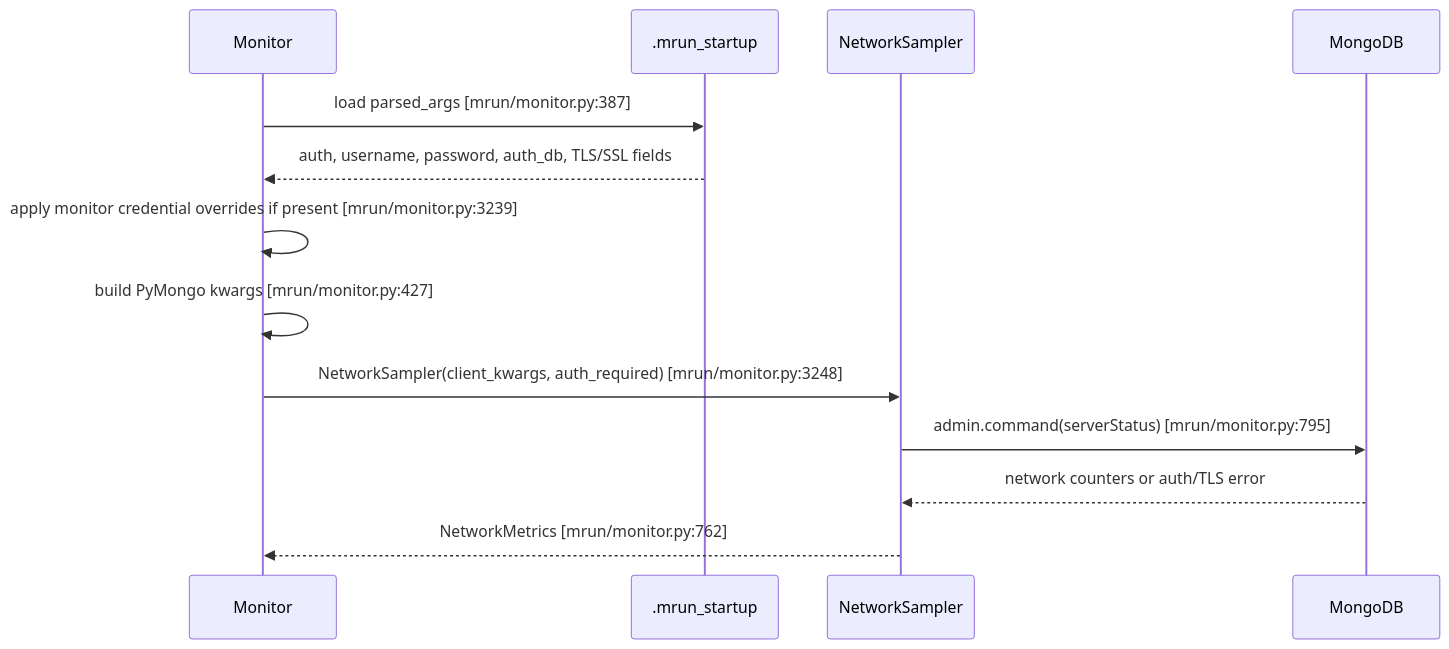
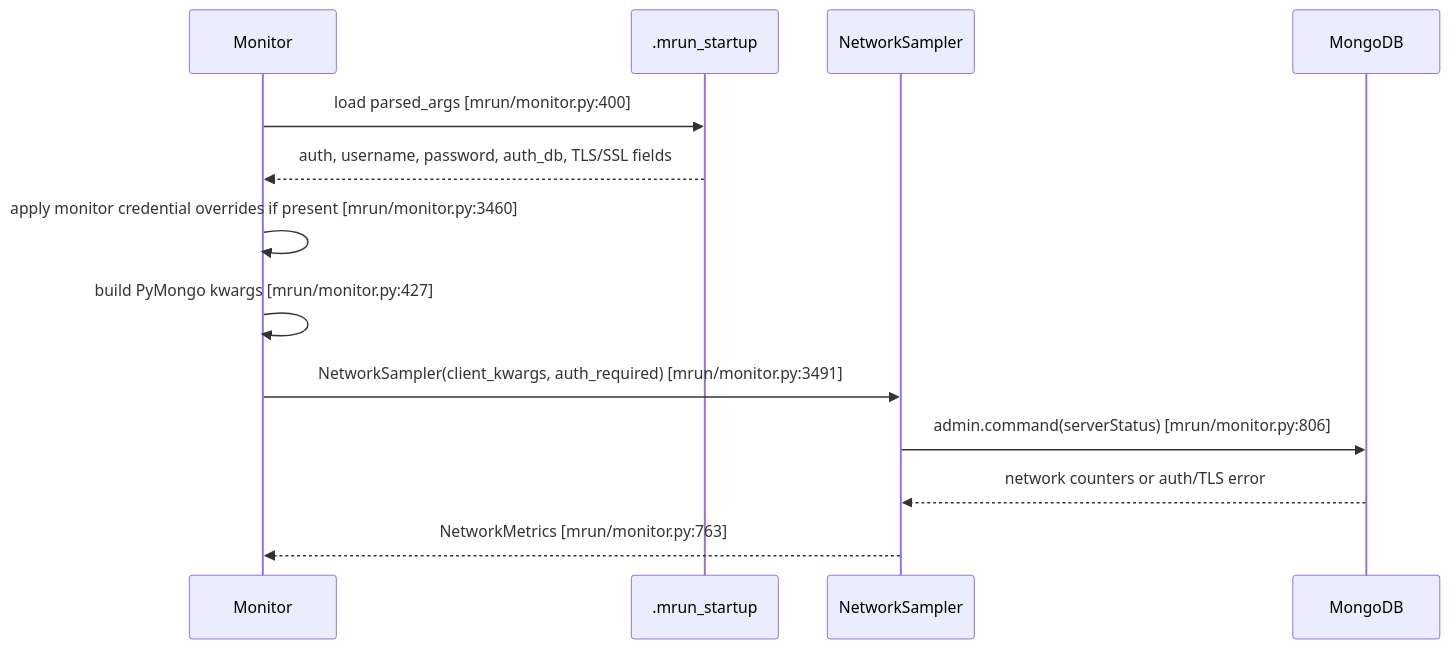
The third of 12 diagrams in doc/feature-monitor-guide.md (mongodb/mlaunch), drawn with Mermaid before and after one commit. The commit also changed other lines of this file and 2 other files, not shown here.

Commit message:
docs: document monitor table and current op controls

````diff
--- a/doc/feature-monitor-guide.md
+++ b/doc/feature-monitor-guide.md
@@ -204,16 +209,16 @@
 ```mermaid
 sequenceDiagram
     participant Monitor as Monitor
     participant FS as .mrun_startup
     participant Sampler as NetworkSampler
     participant Mongo as MongoDB
 
-    Monitor->>FS: load parsed_args [mrun/monitor.py:387]
+    Monitor->>FS: load parsed_args [mrun/monitor.py:400]
     FS-->>Monitor: auth, username, password, auth_db, TLS/SSL fields
-    Monitor->>Monitor: apply monitor credential overrides if present [mrun/monitor.py:3239]
+    Monitor->>Monitor: apply monitor credential overrides if present [mrun/monitor.py:3460]
     Monitor->>Monitor: build PyMongo kwargs [mrun/monitor.py:427]
-    Monitor->>Sampler: NetworkSampler(client_kwargs, auth_required) [mrun/monitor.py:3248]
-    Sampler->>Mongo: admin.command(serverStatus) [mrun/monitor.py:795]
+    Monitor->>Sampler: NetworkSampler(client_kwargs, auth_required) [mrun/monitor.py:3491]
+    Sampler->>Mongo: admin.command(serverStatus) [mrun/monitor.py:806]
     Mongo-->>Sampler: network counters or auth/TLS error
-    Sampler-->>Monitor: NetworkMetrics [mrun/monitor.py:762]
+    Sampler-->>Monitor: NetworkMetrics [mrun/monitor.py:763]
 ```
````
